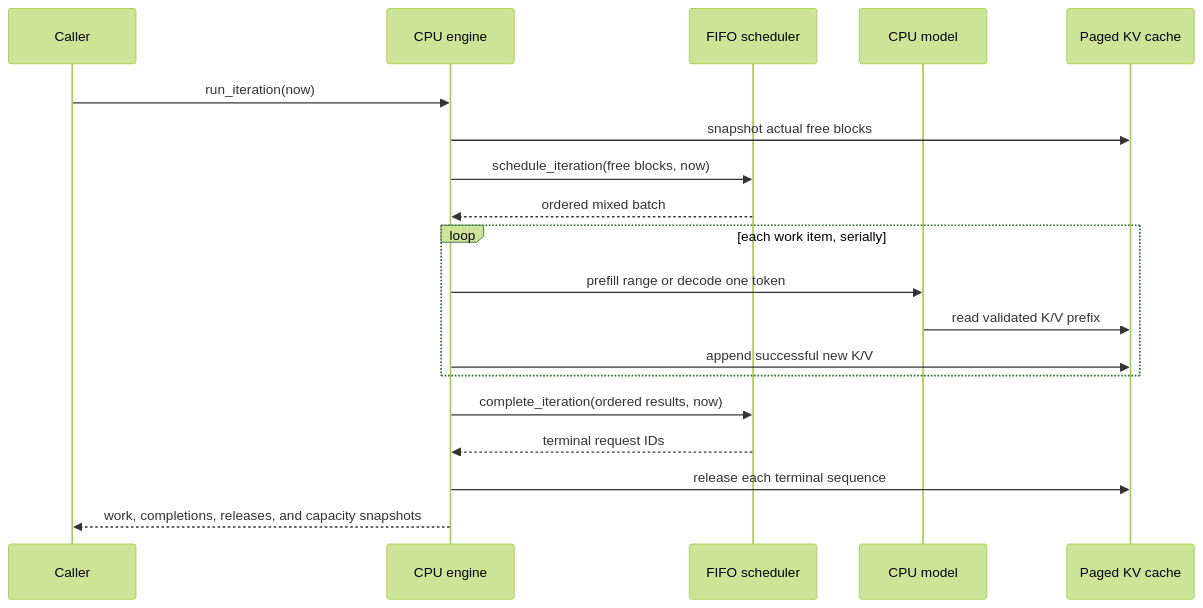
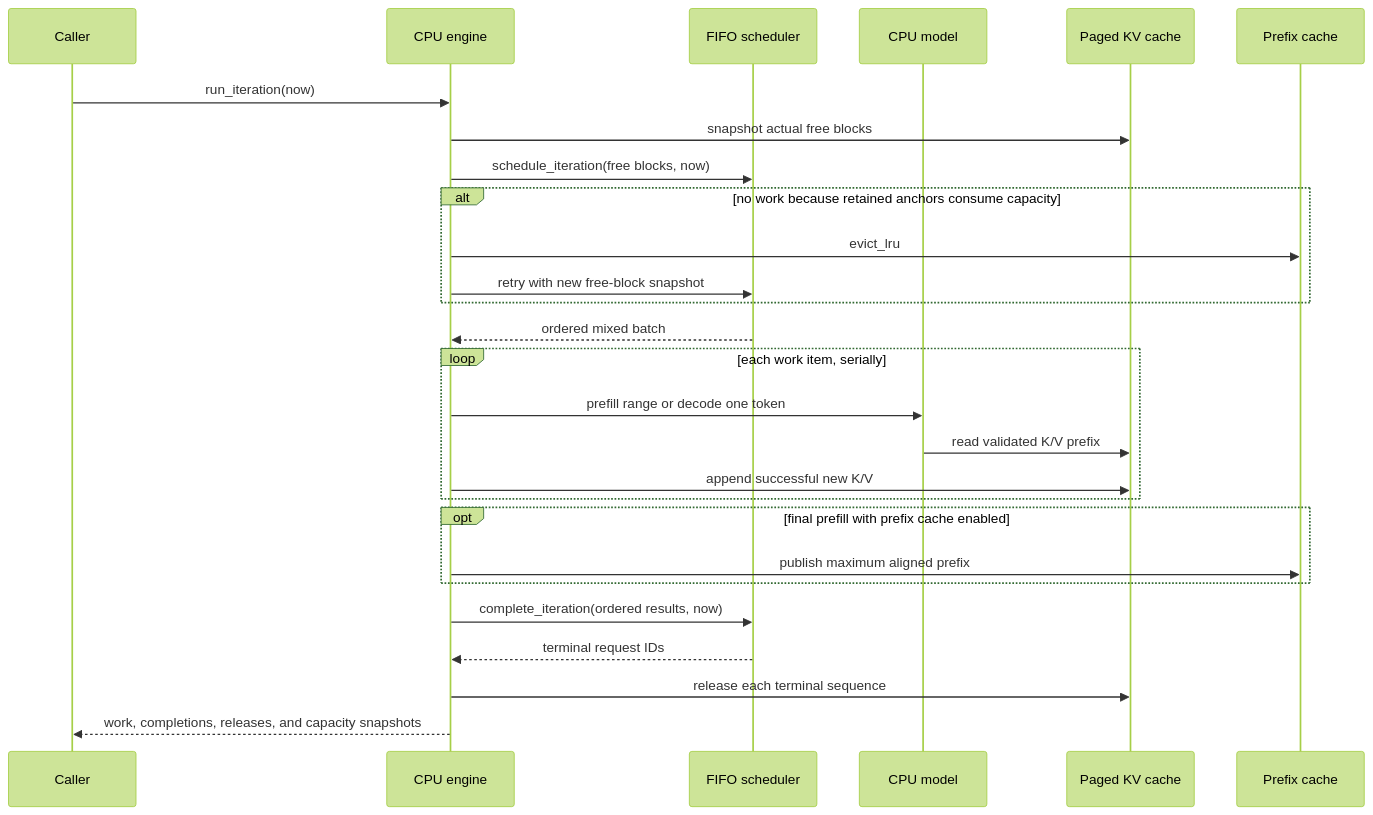
The second of 2 diagrams in docs/RUNTIME.md (parthpandya5/helix-runtime), drawn with Mermaid (forest theme) before and after one commit. The commit also changed other lines of this file and 11 other files, not shown here.

Commit message:
docs(kv): complete prefix cache engineering record

````diff
--- a/docs/RUNTIME.md
+++ b/docs/RUNTIME.md
@@ -66,21 +85,29 @@
 ```mermaid
 sequenceDiagram
     participant C as Caller
     participant E as CPU engine
     participant S as FIFO scheduler
     participant M as CPU model
     participant K as Paged KV cache
+    participant P as Prefix cache
     C->>E: run_iteration(now)
     E->>K: snapshot actual free blocks
     E->>S: schedule_iteration(free blocks, now)
+    alt no work because retained anchors consume capacity
+        E->>P: evict_lru
+        E->>S: retry with new free-block snapshot
+    end
     S-->>E: ordered mixed batch
     loop each work item, serially
         E->>M: prefill range or decode one token
         M->>K: read validated K/V prefix
         E->>K: append successful new K/V
     end
+    opt final prefill with prefix cache enabled
+        E->>P: publish maximum aligned prefix
+    end
     E->>S: complete_iteration(ordered results, now)
     S-->>E: terminal request IDs
     E->>K: release each terminal sequence
     E-->>C: work, completions, releases, and capacity snapshots
 ```
````
